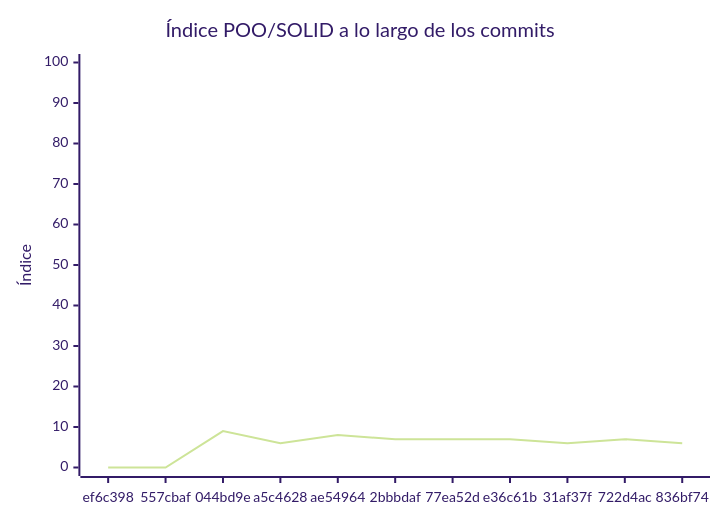
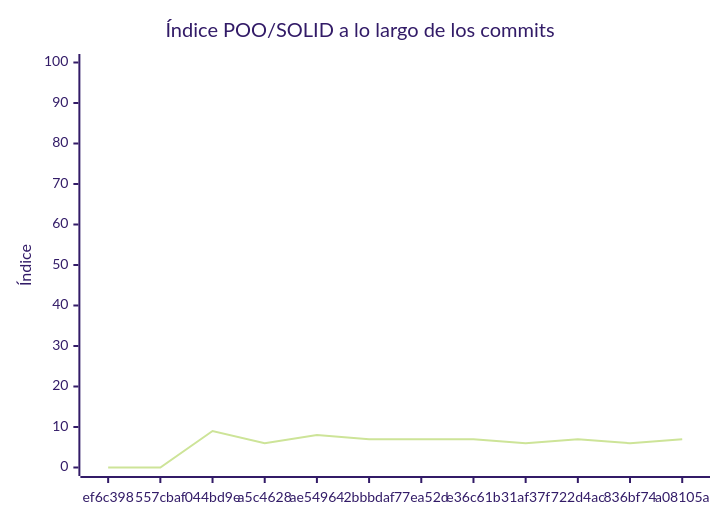
One commit to Chiara-Monte-Productions/LaPampa-ElJuegoII changed the diagram in docs/EVALUACION.md. Above: the diagram before and after it, drawn with Mermaid (forest theme). The commit also changed other lines of this file and 1 other file, not shown here.

````diff
--- a/docs/EVALUACION.md
+++ b/docs/EVALUACION.md
@@ -219,7 +209,7 @@
 ```mermaid
 xychart-beta
     title "Índice POO/SOLID a lo largo de los commits"
-    x-axis ["ef6c398", "557cbaf", "044bd9e", "a5c4628", "ae54964", "2bbbdaf", "77ea52d", "e36c61b", "31af37f", "722d4ac", "836bf74"]
+    x-axis ["ef6c398", "557cbaf", "044bd9e", "a5c4628", "ae54964", "2bbbdaf", "77ea52d", "e36c61b", "31af37f", "722d4ac", "836bf74", "a08105a"]
     y-axis "Índice" 0 --> 100
-    line [0, 0, 9, 6, 8, 7, 7, 7, 6, 7, 6]
+    line [0, 0, 9, 6, 8, 7, 7, 7, 6, 7, 6, 7]
 ```
````
